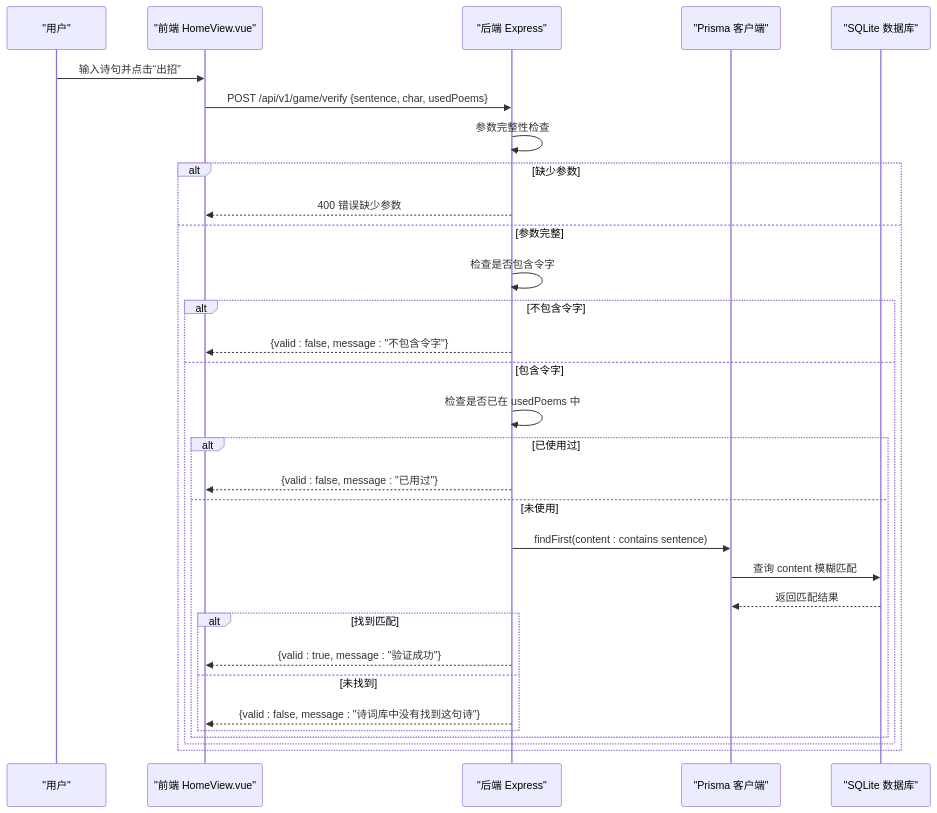
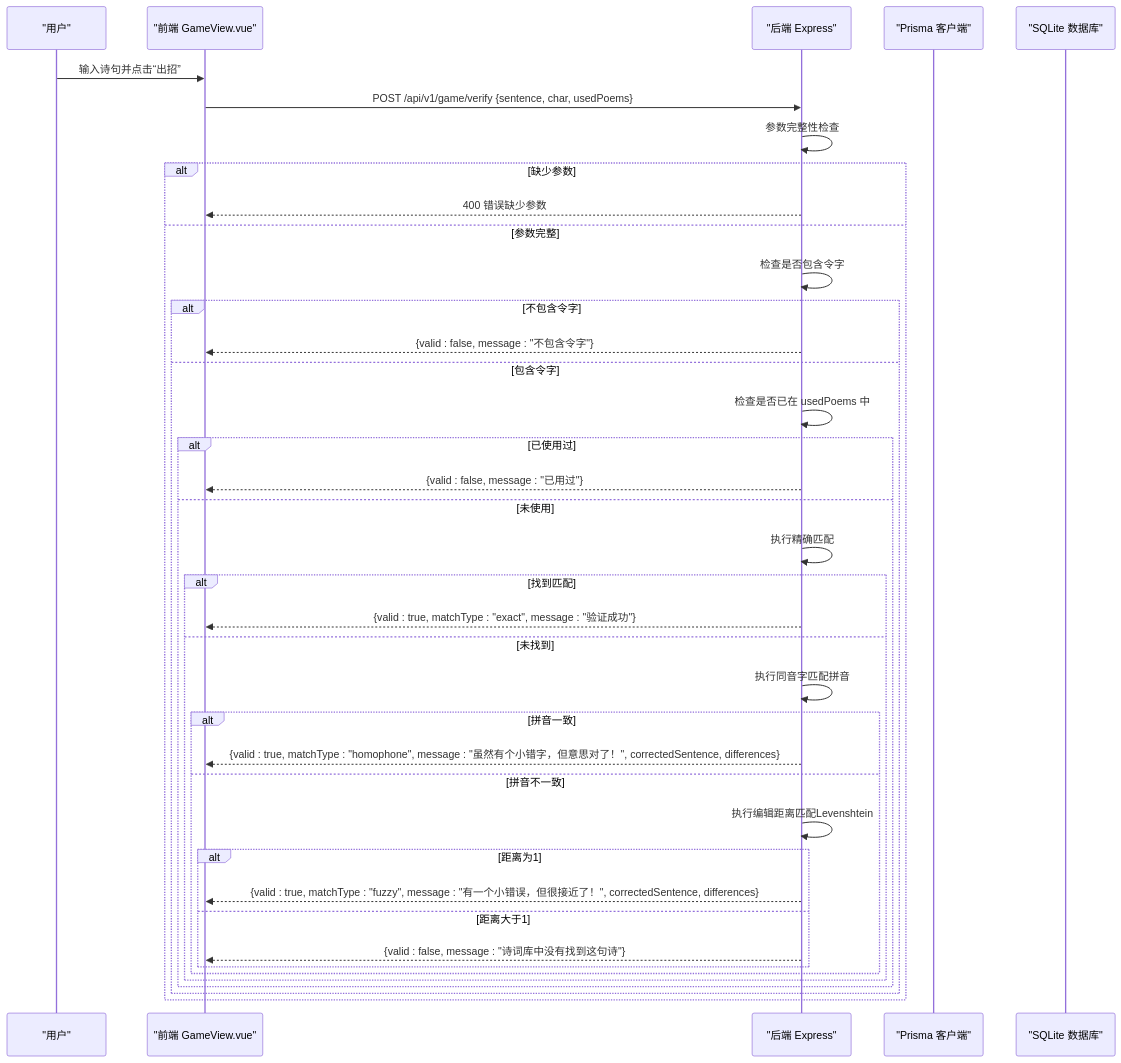
One commit to iazrael/feihua-ling changed the second of 6 diagrams in .qoder/repowiki/zh/content/核心功能设计/用户诗句验证机制.md. Above: the diagram before and after it, drawn with Mermaid. The commit also changed other lines of this file and 23 other files, not shown here.

````diff
--- a/.qoder/repowiki/zh/content/核心功能设计/用户诗句验证机制.md
+++ b/.qoder/repowiki/zh/content/核心功能设计/用户诗句验证机制.md
@@ -75,33 +86,41 @@
 ```mermaid
 sequenceDiagram
 participant U as "用户"
-participant F as "前端 HomeView.vue"
+participant F as "前端 GameView.vue"
 participant S as "后端 Express"
 participant P as "Prisma 客户端"
 participant D as "SQLite 数据库"
 U->>F : 输入诗句并点击“出招”
 F->>S : POST /api/v1/game/verify {sentence, char, usedPoems}
 S->>S : 参数完整性检查
 alt 缺少参数
 S-->>F : 400 错误缺少参数
 else 参数完整
 S->>S : 检查是否包含令字
 alt 不包含令字
 S-->>F : {valid : false, message : "不包含令字"}
 else 包含令字
 S->>S : 检查是否已在 usedPoems 中
 alt 已使用过
 S-->>F : {valid : false, message : "已用过"}
 else 未使用
-S->>P : findFirst(content : contains sentence)
-P->>D : 查询 content 模糊匹配
-D-->>P : 返回匹配结果
+S->>S : 执行精确匹配
 alt 找到匹配
-S-->>F : {valid : true, message : "验证成功"}
+S-->>F : {valid : true, matchType : "exact", message : "验证成功"}
 else 未找到
+S->>S : 执行同音字匹配拼音
+alt 拼音一致
+S-->>F : {valid : true, matchType : "homophone", message : "虽然有个小错字，但意思对了！", correctedSentence, differences}
+else 拼音不一致
+S->>S : 执行编辑距离匹配Levenshtein
+alt 距离为1
+S-->>F : {valid : true, matchType : "fuzzy", message : "有一个小错误，但很接近了！", correctedSentence, differences}
+else 距离大于1
 S-->>F : {valid : false, message : "诗词库中没有找到这句诗"}
 end
 end
 end
 end
+end
+end
 ```
````
